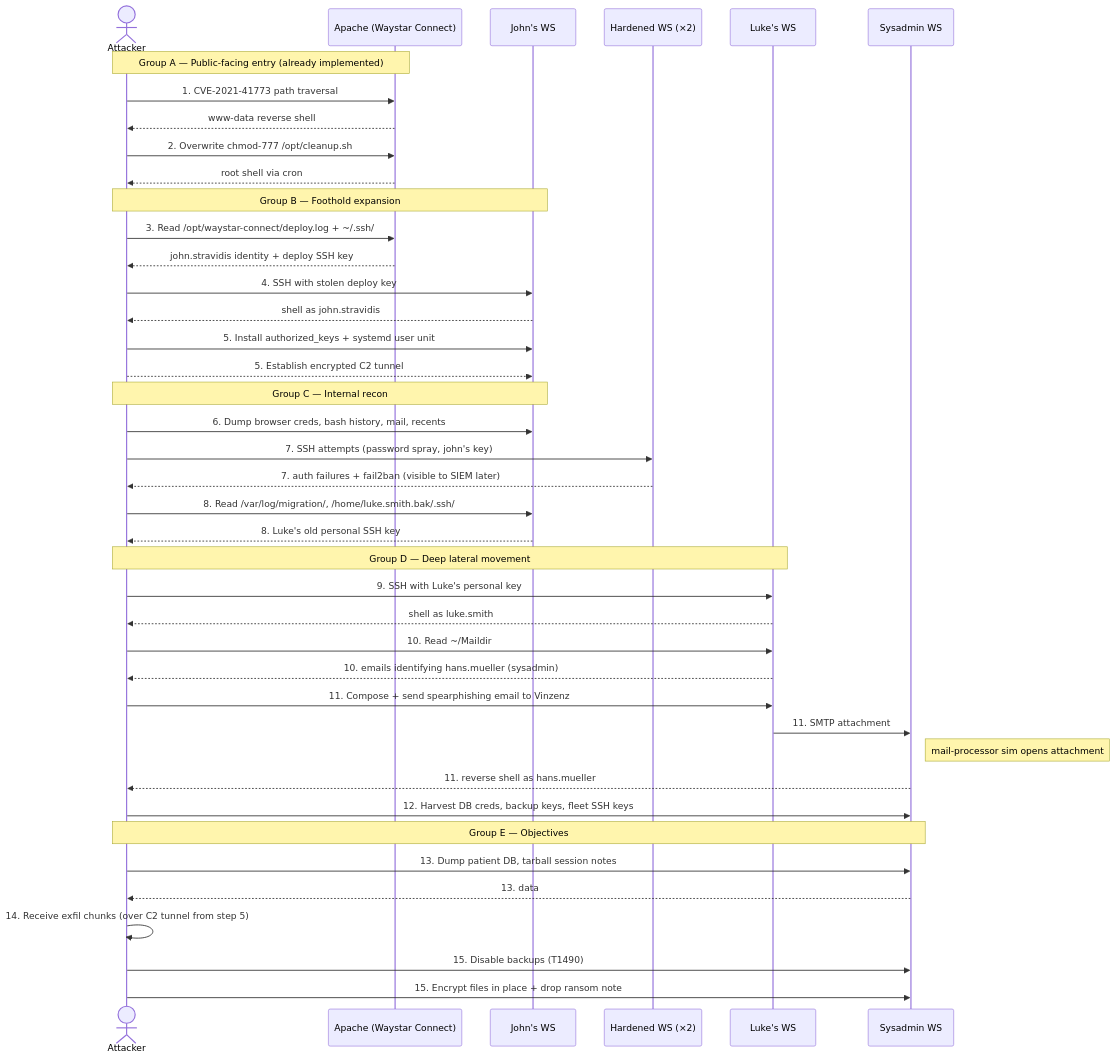
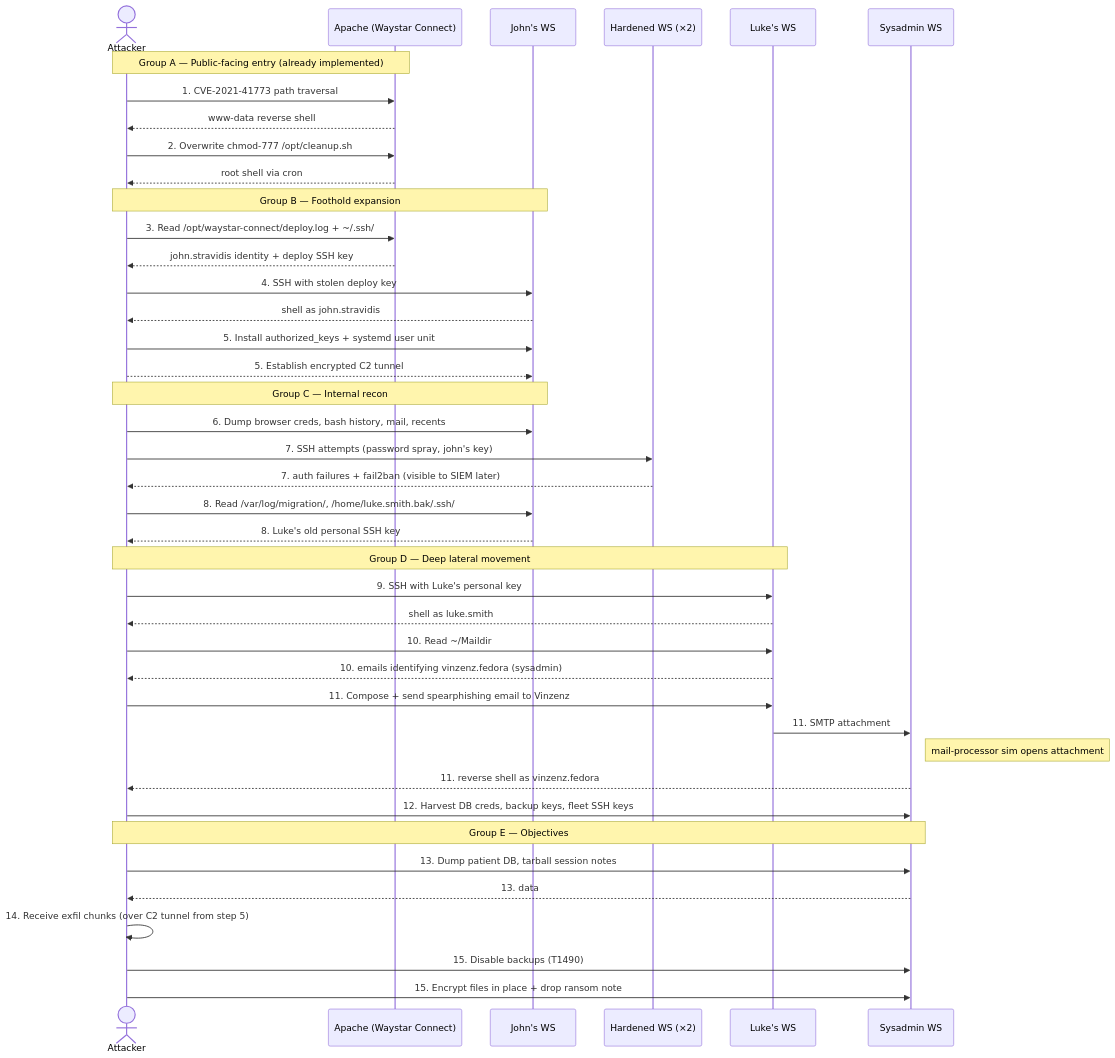
The diagram in Documentation/attack_plan.md (swscrum/ATT-CK_Scenario), drawn with Mermaid before and after one commit. The commit also changed other lines of this file, not shown here.

Commit message:
docs: replace remaining 'hans.mueller' references with 'vinzenz.fedora'
The sysadmin character was renamed from Hans Mueller to Vinzenz Fedora
in this PR, but three references survived the rename in the sequence
diagram and Phase 11 description of the attack plan. Aligning them so
the per-phase text matches the rest of the document and avoids
trainees second-guessing which identity the attacker lands as.

````diff
--- a/Documentation/attack_plan.md
+++ b/Documentation/attack_plan.md
@@ -71,48 +71,48 @@
 ```mermaid
 sequenceDiagram
     actor Att as Attacker
     participant Web as Apache (Waystar Connect)
     participant J as John's WS
     participant H as Hardened WS (×2)
     participant R as Luke's WS
     participant S as Sysadmin WS
 
     Note over Att,Web: Group A — Public-facing entry (already implemented)
     Att->>Web: 1. CVE-2021-41773 path traversal
     Web-->>Att: www-data reverse shell
     Att->>Web: 2. Overwrite chmod-777 /opt/cleanup.sh
     Web-->>Att: root shell via cron
 
     Note over Att,J: Group B — Foothold expansion
     Att->>Web: 3. Read /opt/waystar-connect/deploy.log + ~/.ssh/
     Web-->>Att: john.stravidis identity + deploy SSH key
     Att->>J: 4. SSH with stolen deploy key
     J-->>Att: shell as john.stravidis
     Att->>J: 5. Install authorized_keys + systemd user unit
     Att-->>J: 5. Establish encrypted C2 tunnel
     
     Note over Att,J: Group C — Internal recon
     Att->>J: 6. Dump browser creds, bash history, mail, recents
     Att->>H: 7. SSH attempts (password spray, john's key)
     H-->>Att: 7. auth failures + fail2ban (visible to SIEM later)
     Att->>J: 8. Read /var/log/migration/, /home/luke.smith.bak/.ssh/
     J-->>Att: 8. Luke's old personal SSH key
 
     Note over Att,R: Group D — Deep lateral movement
     Att->>R: 9. SSH with Luke's personal key
     R-->>Att: shell as luke.smith
     Att->>R: 10. Read ~/Maildir
-    R-->>Att: 10. emails identifying hans.mueller (sysadmin)
+    R-->>Att: 10. emails identifying vinzenz.fedora (sysadmin)
     Att->>R: 11. Compose + send spearphishing email to Vinzenz
     R->>S: 11. SMTP attachment
     Note right of S: mail-processor sim opens attachment
-    S-->>Att: 11. reverse shell as hans.mueller
+    S-->>Att: 11. reverse shell as vinzenz.fedora
     Att->>S: 12. Harvest DB creds, backup keys, fleet SSH keys
 
     Note over Att,S: Group E — Objectives
     Att->>S: 13. Dump patient DB, tarball session notes
     S-->>Att: 13. data
     Att->>Att: 14. Receive exfil chunks (over C2 tunnel from step 5)
     Att->>S: 15. Disable backups (T1490)
     Att->>S: 15. Encrypt files in place + drop ransom note
 ```
````
